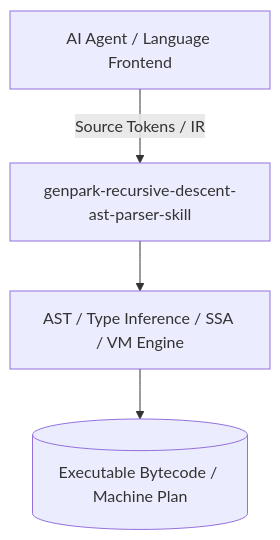
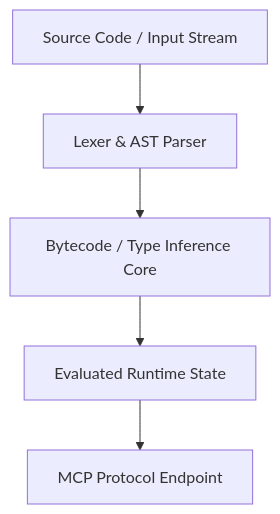
One commit to alphaparkinc/genpark-recursive-descent-ast-parser-skill changed the diagram in README.md. Above: the diagram before and after it, drawn with Mermaid. The commit also changed other lines of this file, not shown here.

Commit message:
docs: architecture and documentation

````diff
--- a/README.md
+++ b/README.md
@@ -11,6 +9,7 @@
 ```mermaid
 flowchart TD
-    Client[AI Agent / Language Frontend] -->|Source Tokens / IR| Engine[genpark-recursive-descent-ast-parser-skill]
-    Engine --> CompilerPass[AST / Type Inference / SSA / VM Engine]
-    CompilerPass --> TargetOutput[(Executable Bytecode / Machine Plan)]
+    A[Source Code / Input Stream] --> B[Lexer & AST Parser]
+    B --> C[Bytecode / Type Inference Core]
+    C --> D[Evaluated Runtime State]
+    D --> E[MCP Protocol Endpoint]
 ```
````
